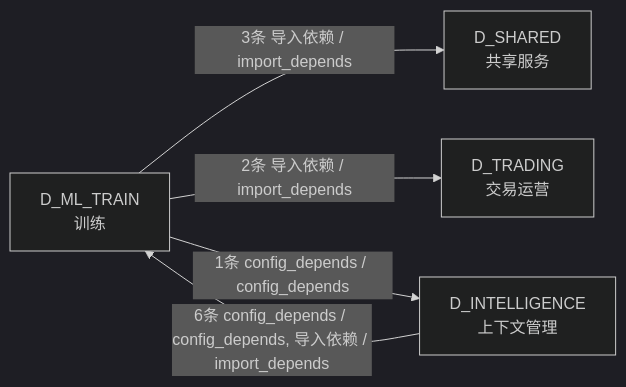
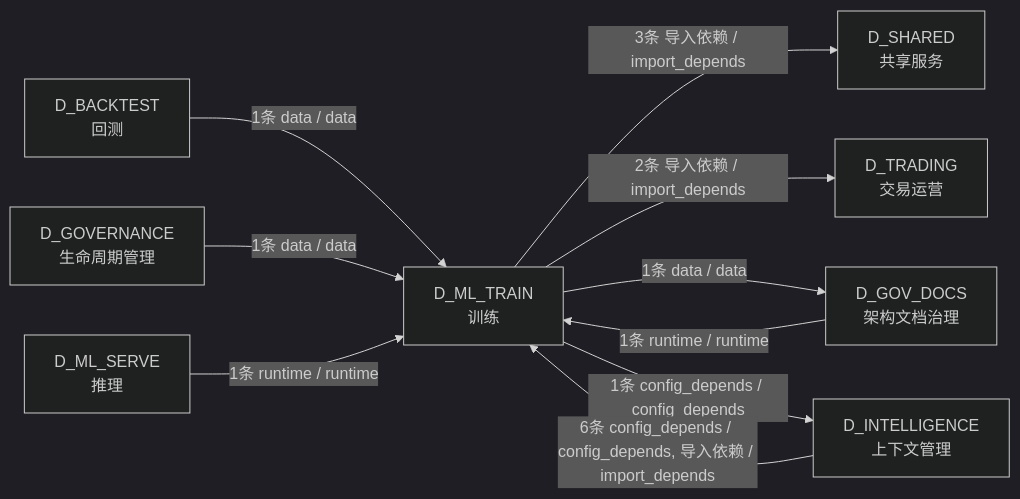
The fourth of 4 diagrams in docs/02_enterprise_architecture/02_domain_architecture_docs/50_d_ml_train.md (xuanFelixVan/ZephyrAlpha), drawn with Mermaid (dark theme) before and after one commit. The commit also changed other lines of this file and 125 other files, not shown here.

````diff
--- a/docs/02_enterprise_architecture/02_domain_architecture_docs/50_d_ml_train.md
+++ b/docs/02_enterprise_architecture/02_domain_architecture_docs/50_d_ml_train.md
@@ -201,11 +226,20 @@
 ```mermaid
 graph LR
     D_ML_TRAIN["D_ML_TRAIN<br/>训练"]
     D_SHARED["D_SHARED<br/>共享服务"]
     D_TRADING["D_TRADING<br/>交易运营"]
+    D_GOV_DOCS["D_GOV_DOCS<br/>架构文档治理"]
     D_INTELLIGENCE["D_INTELLIGENCE<br/>上下文管理"]
+    D_BACKTEST["D_BACKTEST<br/>回测"]
+    D_GOVERNANCE["D_GOVERNANCE<br/>生命周期管理"]
+    D_ML_SERVE["D_ML_SERVE<br/>推理"]
     D_ML_TRAIN -->|3条 导入依赖 / import_depends| D_SHARED
     D_ML_TRAIN -->|2条 导入依赖 / import_depends| D_TRADING
+    D_ML_TRAIN -->|1条 data / data| D_GOV_DOCS
     D_ML_TRAIN -->|1条 config_depends / config_depends| D_INTELLIGENCE
     D_INTELLIGENCE -->|6条 config_depends / config_depends, 导入依赖 / import_depends| D_ML_TRAIN
+    D_BACKTEST -->|1条 data / data| D_ML_TRAIN
+    D_GOVERNANCE -->|1条 data / data| D_ML_TRAIN
+    D_GOV_DOCS -->|1条 runtime / runtime| D_ML_TRAIN
+    D_ML_SERVE -->|1条 runtime / runtime| D_ML_TRAIN
 ```
````
